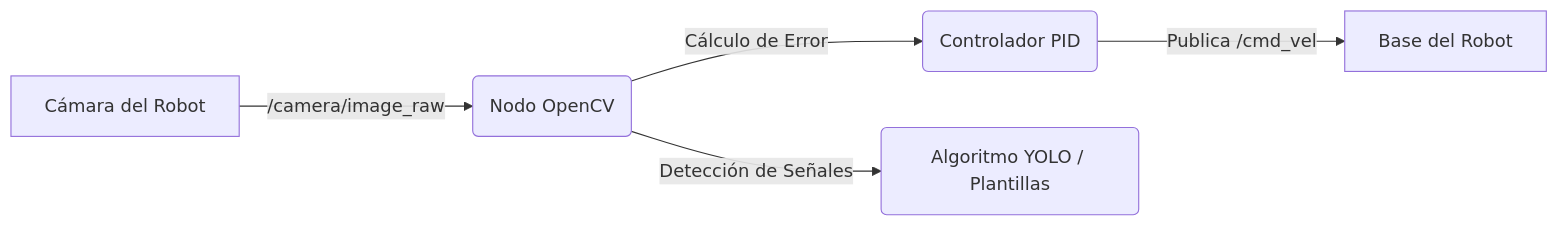
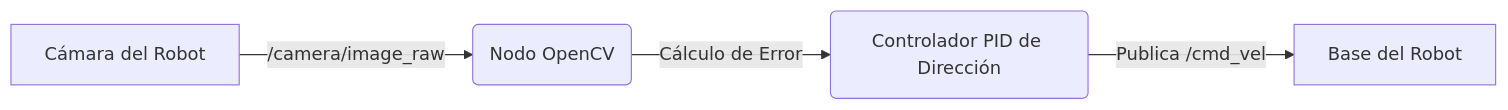
The diagram in INFORME_VISION.md (victortotoy10/robot-vision-sim), drawn with Mermaid before and after one commit. The commit also changed other lines of this file, not shown here.

````diff
--- a/INFORME_VISION.md
+++ b/INFORME_VISION.md
@@ -198,7 +200,6 @@
 ```mermaid
 flowchart LR
     A[Cámara del Robot] -->|/camera/image_raw| B(Nodo OpenCV)
-    B -->|Cálculo de Error| C(Controlador PID)
-    B -->|Detección de Señales| D(Algoritmo YOLO / Plantillas)
-    C -->|Publica /cmd_vel| E[Base del Robot]
+    B -->|Cálculo de Error| C(Controlador PID de Dirección)
+    C -->|Publica /cmd_vel| D[Base del Robot]
 ```
````
